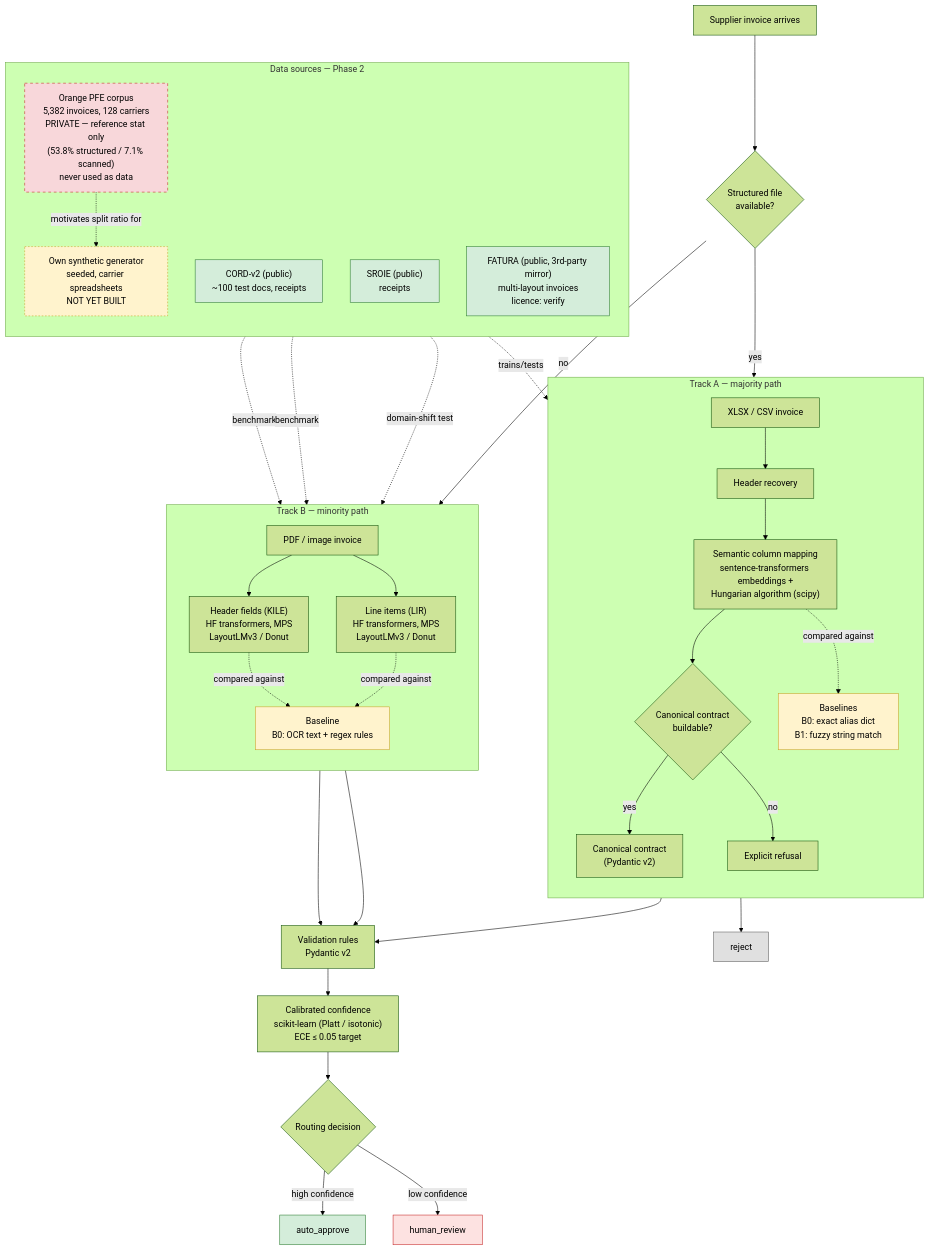
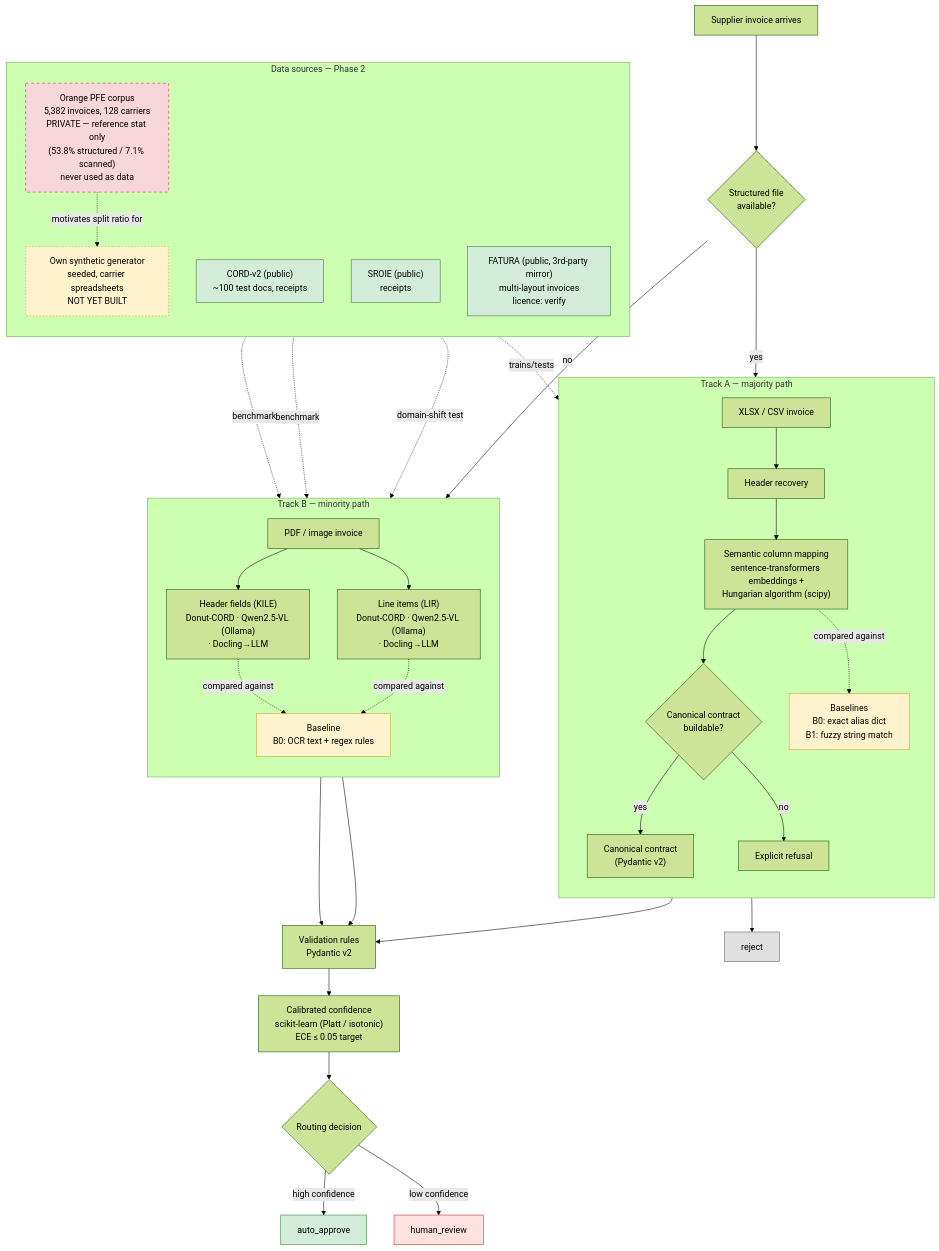
Before and after one commit to SaidIbenariba/invoiceops: the diagram in docs/architecture/pipeline-data-flow.md, drawn with Mermaid (forest theme). The commit also changed 3 other files, not shown here.

First line of the commit message:
docs: sync architecture diagrams with amended D006/D009

````diff
--- a/docs/architecture/pipeline-data-flow.md
+++ b/docs/architecture/pipeline-data-flow.md
@@ -5,64 +5,64 @@
 ```mermaid
 flowchart TD
     subgraph DATA["Data sources — Phase 2"]
         direction TB
         PRIV["Orange PFE corpus<br/>5,382 invoices, 128 carriers<br/>PRIVATE — reference stat only<br/>(53.8% structured / 7.1% scanned)<br/>never used as data"]
         SYN["Own synthetic generator<br/>seeded, carrier spreadsheets<br/>NOT YET BUILT"]
         CORD["CORD-v2 (public)<br/>~100 test docs, receipts"]
         SROIE["SROIE (public)<br/>receipts"]
         FATURA["FATURA (public, 3rd-party mirror)<br/>multi-layout invoices<br/>licence: verify"]
     end
 
     PRIV -.motivates split ratio for.-> SYN
 
     IN["Supplier invoice arrives"]
     GATE{"Structured file<br/>available?"}
     IN --> GATE
     GATE -->|yes| TA_START
     GATE -->|no| TB_START
 
     subgraph TA["Track A — majority path"]
         direction TB
         TA_START["XLSX / CSV invoice"] --> TA_HDR["Header recovery"]
         TA_HDR --> TA_MAP["Semantic column mapping<br/>sentence-transformers embeddings +<br/>Hungarian algorithm (scipy)"]
         TA_MAP --> TA_OUT{"Canonical contract<br/>buildable?"}
         TA_OUT -->|yes| TA_CONTRACT["Canonical contract<br/>(Pydantic v2)"]
         TA_OUT -->|no| TA_REFUSE["Explicit refusal"]
         TA_BASE["Baselines<br/>B0: exact alias dict<br/>B1: fuzzy string match"]
         TA_MAP -.compared against.-> TA_BASE
     end
     SYN -.trains/tests.-> TA_MAP
 
     subgraph TB["Track B — minority path"]
         direction TB
-        TB_START["PDF / image invoice"] --> TB_KILE["Header fields (KILE)<br/>HF transformers, MPS<br/>LayoutLMv3 / Donut"]
-        TB_START --> TB_LIR["Line items (LIR)<br/>HF transformers, MPS<br/>LayoutLMv3 / Donut"]
+        TB_START["PDF / image invoice"] --> TB_KILE["Header fields (KILE)<br/>Donut-CORD · Qwen2.5-VL (Ollama)<br/>· Docling→LLM"]
+        TB_START --> TB_LIR["Line items (LIR)<br/>Donut-CORD · Qwen2.5-VL (Ollama)<br/>· Docling→LLM"]
         TB_BASE["Baseline<br/>B0: OCR text + regex rules"]
         TB_KILE -.compared against.-> TB_BASE
         TB_LIR -.compared against.-> TB_BASE
     end
     CORD -.benchmark.-> TB_KILE
     SROIE -.benchmark.-> TB_KILE
     FATURA -.domain-shift test.-> TB_LIR
 
     TA_CONTRACT --> VALID
     TB_KILE --> VALID
     TB_LIR --> VALID
 
     VALID["Validation rules<br/>Pydantic v2"] --> CONF["Calibrated confidence<br/>scikit-learn (Platt / isotonic)<br/>ECE ≤ 0.05 target"]
     CONF --> ROUTE{"Routing decision"}
     ROUTE -->|high confidence| APPROVE["auto_approve"]
     ROUTE -->|low confidence| REVIEW["human_review"]
     TA_REFUSE --> REJECT["reject"]
 
     style PRIV fill:#f8d7da,stroke:#c62828,stroke-dasharray: 5 5
     style SYN fill:#fff3cd,stroke:#c9a227,stroke-dasharray: 3 3
     style CORD fill:#d4edda,stroke:#2e7d32
     style SROIE fill:#d4edda,stroke:#2e7d32
     style FATURA fill:#d4edda,stroke:#2e7d32
     style TA_BASE fill:#fff3cd,stroke:#c9a227
     style TB_BASE fill:#fff3cd,stroke:#c9a227
     style APPROVE fill:#d4edda,stroke:#2e7d32
     style REVIEW fill:#fde2e1,stroke:#c62828
     style REJECT fill:#e0e0e0,stroke:#616161
 ```
````
